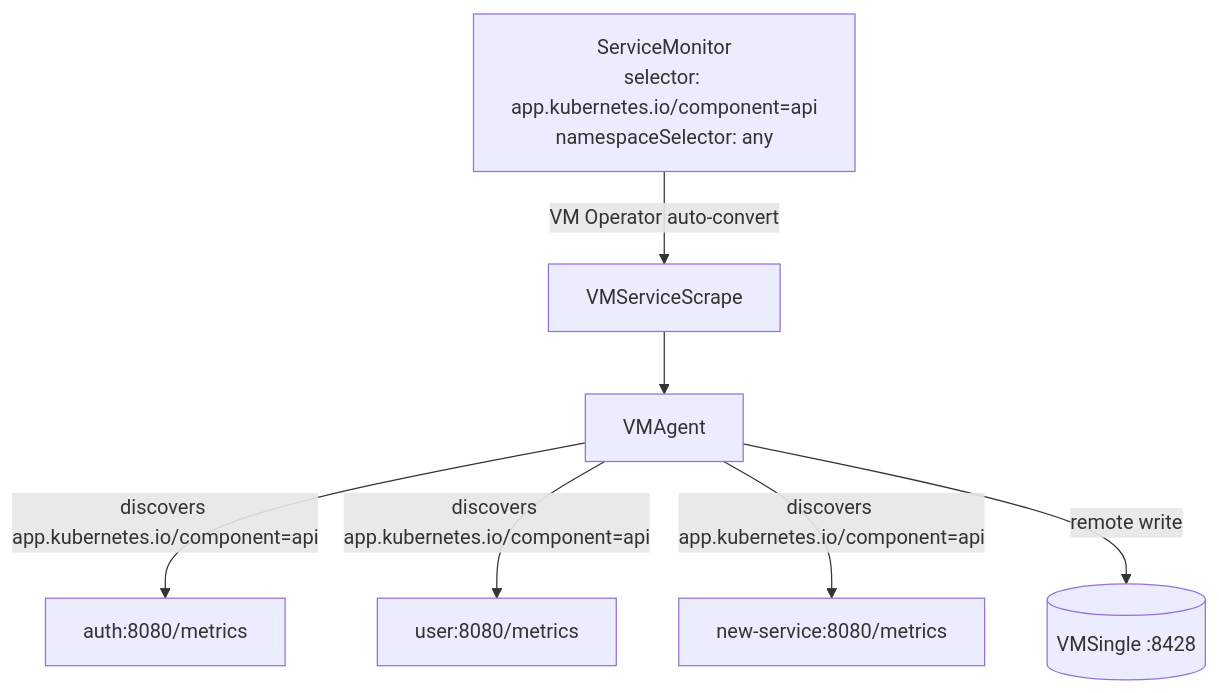
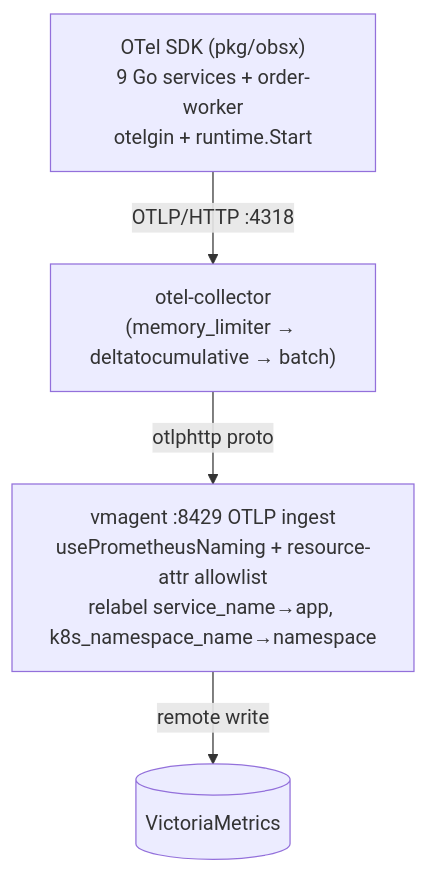
Before and after one commit to duynhlab/homelab: the second of 2 diagrams in docs/observability/metrics/metrics-apps.md, drawn with Mermaid. The commit also changed other lines of this file and 24 other files, not shown here.

````diff
--- a/docs/observability/metrics/metrics-apps.md
+++ b/docs/observability/metrics/metrics-apps.md
@@ -137,7 +149,6 @@
 ```mermaid
 flowchart TD
-    SM["ServiceMonitor<br/>selector: app.kubernetes.io/component=api<br/>namespaceSelector: any"] -->|"VM Operator auto-convert"| VSS["VMServiceScrape"]
-    VSS --> VMA["VMAgent"]
-    VMA -->|"discovers app.kubernetes.io/component=api"| A["auth:8080/metrics"] & U["user:8080/metrics"] & N["new-service:8080/metrics"]
-    VMA -->|remote write| VMS[("VMSingle :8428")]
+    SDK["OTel SDK (pkg/obsx)<br/>9 Go services + order-worker<br/>otelgin + runtime.Start"] -->|"OTLP/HTTP :4318"| COL["otel-collector<br/>(memory_limiter → deltatocumulative → batch)"]
+    COL -->|"otlphttp proto"| VMA["vmagent :8429 OTLP ingest<br/>usePrometheusNaming + resource-attr allowlist<br/>relabel service_name→app, k8s_namespace_name→namespace"]
+    VMA -->|remote write| VMS[("VictoriaMetrics")]
 ```
````
